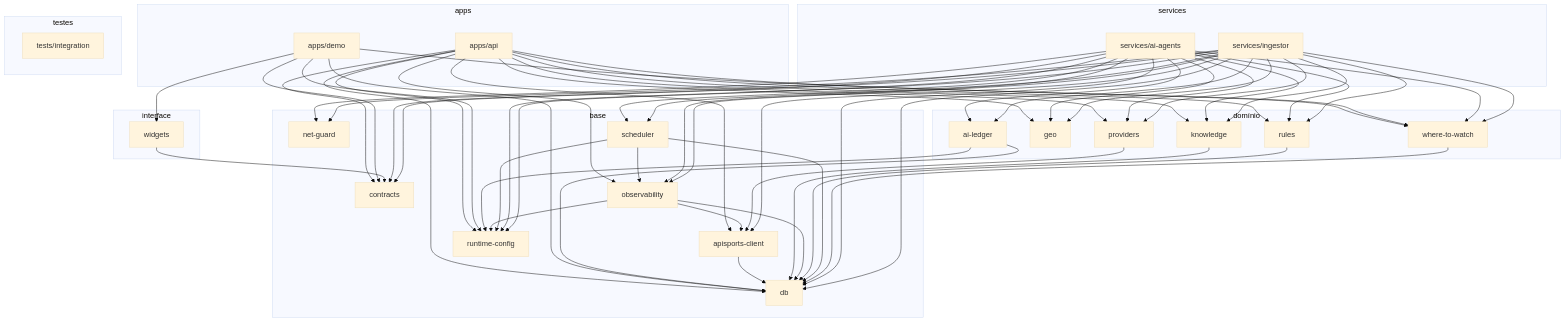
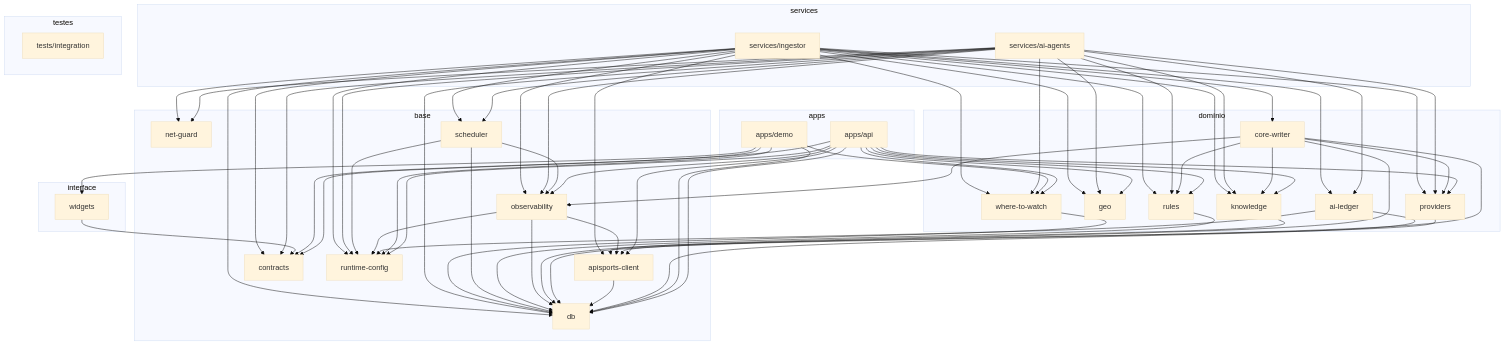
The diagram in docs/15-organizacao-do-monorepo.md (galaxie-works/galaxie-sports), drawn with Mermaid (base theme) before and after one commit. The commit also changed other lines of this file and 77 other files, not shown here.

````diff
--- a/docs/15-organizacao-do-monorepo.md
+++ b/docs/15-organizacao-do-monorepo.md
@@ -60,48 +60,50 @@
 ```mermaid
 flowchart TB
   subgraph apps
     apps_api[apps/api]
     apps_demo[apps/demo]
   end
   subgraph services
     services_ai_agents[services/ai-agents]
     services_ingestor[services/ingestor]
   end
   subgraph domínio
     packages_ai_ledger[ai-ledger]
+    packages_core_writer[core-writer]
     packages_geo[geo]
     packages_knowledge[knowledge]
     packages_providers[providers]
     packages_rules[rules]
     packages_where_to_watch[where-to-watch]
   end
   subgraph base
     packages_apisports_client[apisports-client]
     packages_contracts[contracts]
     packages_db[db]
     packages_net_guard[net-guard]
     packages_observability[observability]
     packages_runtime_config[runtime-config]
     packages_scheduler[scheduler]
   end
   subgraph interface
     packages_widgets[widgets]
   end
   subgraph testes
     tests_integration[tests/integration]
   end
 
   apps_api --> packages_apisports_client & packages_contracts & packages_db & packages_geo & packages_knowledge & packages_observability & packages_providers & packages_rules & packages_runtime_config & packages_where_to_watch
   apps_demo --> packages_contracts & packages_db & packages_runtime_config & packages_where_to_watch & packages_widgets
   packages_ai_ledger --> packages_db & packages_runtime_config
   packages_apisports_client --> packages_db
+  packages_core_writer --> packages_apisports_client & packages_db & packages_knowledge & packages_observability & packages_providers & packages_rules
   packages_knowledge --> packages_db
   packages_observability --> packages_apisports_client & packages_db & packages_runtime_config
   packages_providers --> packages_apisports_client
   packages_rules --> packages_db
   packages_scheduler --> packages_db & packages_observability & packages_runtime_config
   packages_where_to_watch --> packages_db
   packages_widgets --> packages_contracts
   services_ai_agents --> packages_ai_ledger & packages_contracts & packages_db & packages_geo & packages_knowledge & packages_net_guard & packages_observability & packages_providers & packages_rules & packages_runtime_config & packages_scheduler & packages_where_to_watch
-  services_ingestor --> packages_ai_ledger & packages_apisports_client & packages_contracts & packages_db & packages_geo & packages_knowledge & packages_net_guard & packages_observability & packages_providers & packages_rules & packages_runtime_config & packages_scheduler & packages_where_to_watch
+  services_ingestor --> packages_ai_ledger & packages_apisports_client & packages_contracts & packages_core_writer & packages_db & packages_geo & packages_knowledge & packages_net_guard & packages_observability & packages_providers & packages_rules & packages_runtime_config & packages_scheduler & packages_where_to_watch
 ```
````
